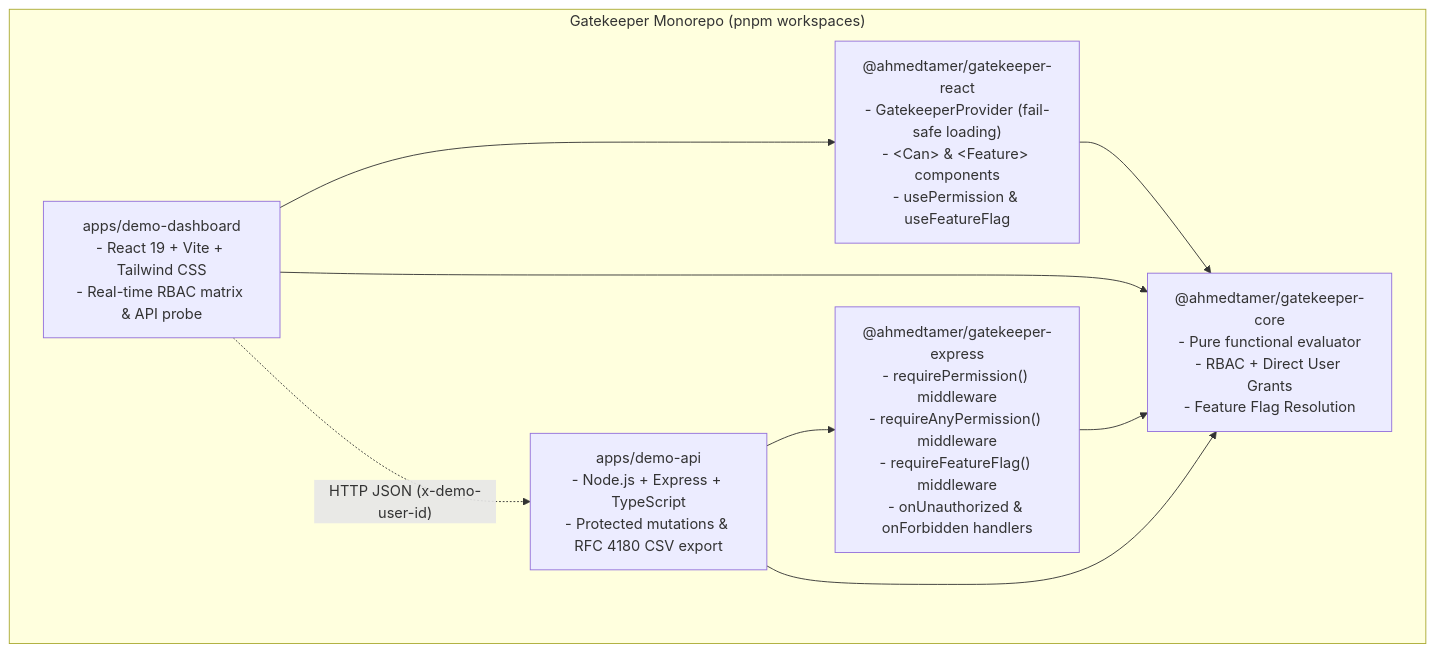
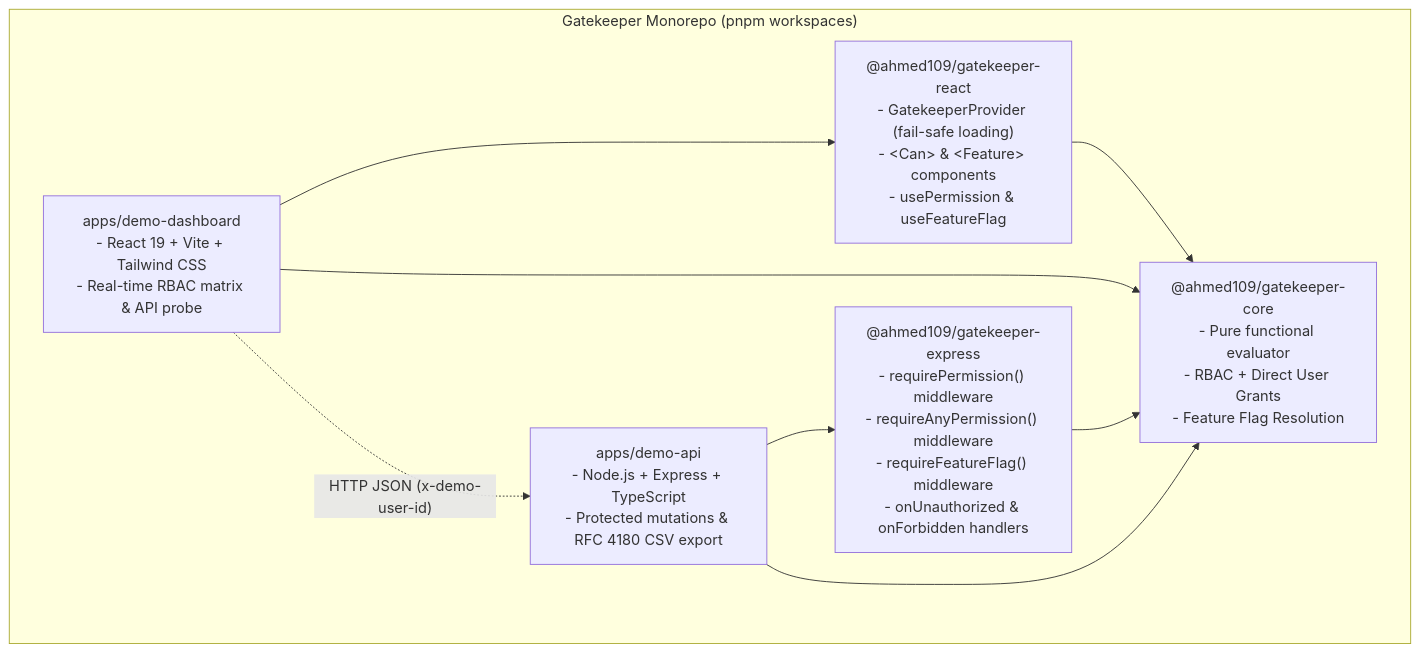
Before and after one commit to Ahmed1092002/npm-packages: the diagram in gatekeeper/README.md, drawn with Mermaid. The commit also changed other lines of this file and 34 other files, not shown here.

First line of the commit message:
refactor: rename package scope from @ahmedtamer to @ahmed109 across all modules

````diff
--- a/gatekeeper/README.md
+++ b/gatekeeper/README.md
@@ -20,18 +20,18 @@
 ```mermaid
 graph TD
     subgraph Monorepo ["Gatekeeper Monorepo (pnpm workspaces)"]
-        Core["@ahmedtamer/gatekeeper-core<br/>- Pure functional evaluator<br/>- RBAC + Direct User Grants<br/>- Feature Flag Resolution"]
-        ReactPkg["@ahmedtamer/gatekeeper-react<br/>- GatekeeperProvider (fail-safe loading)<br/>- &lt;Can&gt; & &lt;Feature&gt; components<br/>- usePermission & useFeatureFlag"]
-        ExpressPkg["@ahmedtamer/gatekeeper-express<br/>- requirePermission() middleware<br/>- requireAnyPermission() middleware<br/>- requireFeatureFlag() middleware<br/>- onUnauthorized & onForbidden handlers"]
+        Core["@ahmed109/gatekeeper-core<br/>- Pure functional evaluator<br/>- RBAC + Direct User Grants<br/>- Feature Flag Resolution"]
+        ReactPkg["@ahmed109/gatekeeper-react<br/>- GatekeeperProvider (fail-safe loading)<br/>- &lt;Can&gt; & &lt;Feature&gt; components<br/>- usePermission & useFeatureFlag"]
+        ExpressPkg["@ahmed109/gatekeeper-express<br/>- requirePermission() middleware<br/>- requireAnyPermission() middleware<br/>- requireFeatureFlag() middleware<br/>- onUnauthorized & onForbidden handlers"]
         DemoDashboard["apps/demo-dashboard<br/>- React 19 + Vite + Tailwind CSS<br/>- Real-time RBAC matrix & API probe"]
         DemoApi["apps/demo-api<br/>- Node.js + Express + TypeScript<br/>- Protected mutations & RFC 4180 CSV export"]
     end
 
     ReactPkg --> Core
     ExpressPkg --> Core
     DemoDashboard --> ReactPkg
     DemoDashboard --> Core
     DemoApi --> ExpressPkg
     DemoApi --> Core
     DemoDashboard -. "HTTP JSON (x-demo-user-id)" .-> DemoApi
 ```
````
